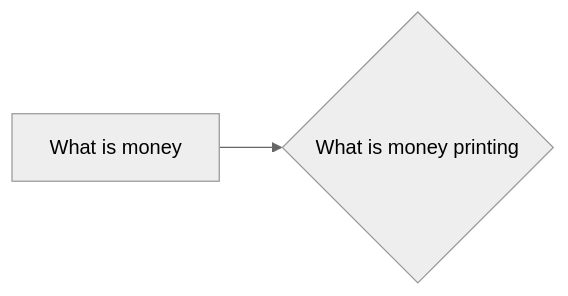
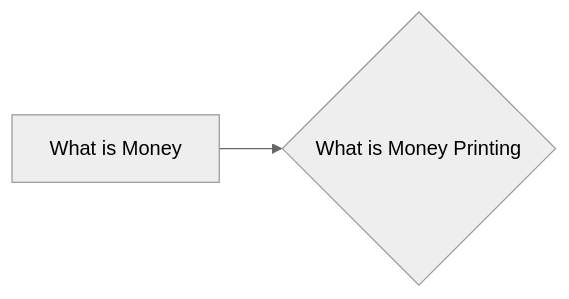
One commit to lpurdy01/crypto-knowledge-map changed the diagram in notes/What_is_Money_Printing.md. Above: the diagram before and after it, drawn with Mermaid (neutral theme). The commit also changed 50 other files, not shown here.

````diff
--- a/notes/What_is_Money_Printing.md
+++ b/notes/What_is_Money_Printing.md
@@ -9,4 +9,4 @@
 ```mermaid
 graph LR
-1["What is money"]-->0{"What is money printing"}
+1["What is Money"]-->0{"What is Money Printing"}
 ```
````
